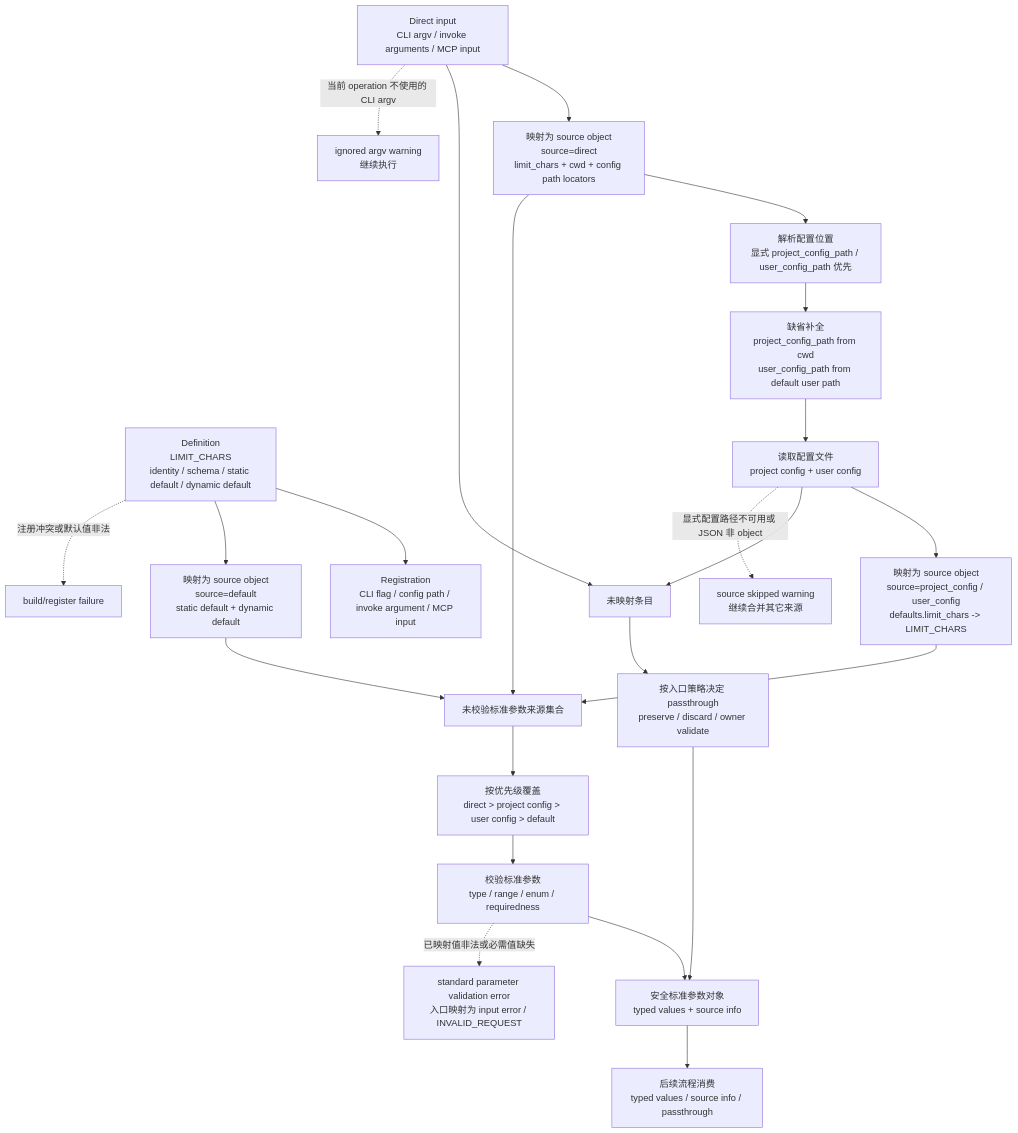
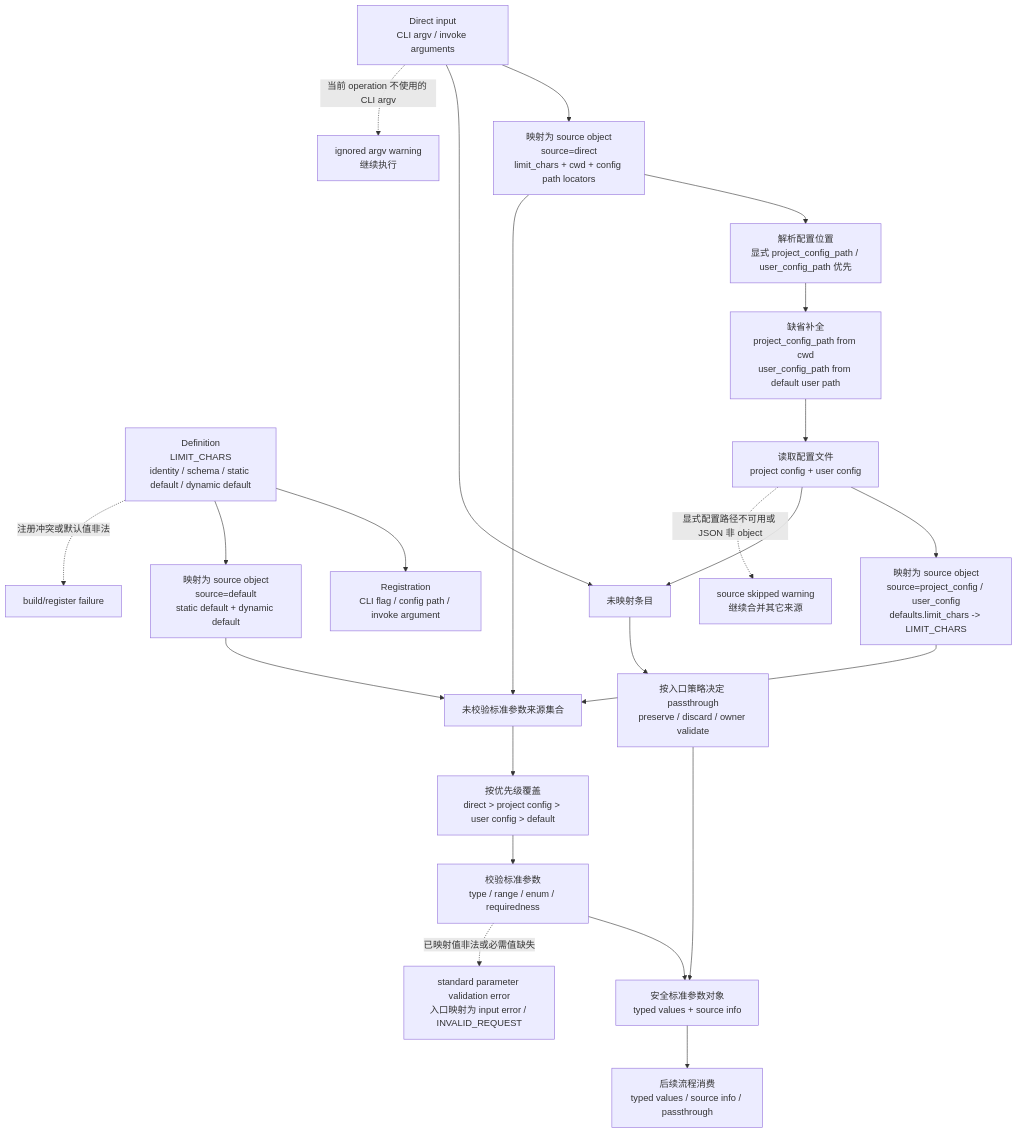
Before and after one commit to zxyycom/docnav: the diagram in docs/standard-parameters.md, drawn with Mermaid. The commit also changed other lines of this file and 104 other files, not shown here.

````diff
--- a/docs/standard-parameters.md
+++ b/docs/standard-parameters.md
@@ -32,31 +32,31 @@
 ```mermaid
 flowchart TD
-  A["Definition<br/>LIMIT_CHARS<br/>identity / schema / static default / dynamic default"] --> B["Registration<br/>CLI flag / config path / invoke argument / MCP input"]
+  A["Definition<br/>LIMIT_CHARS<br/>identity / schema / static default / dynamic default"] --> B["Registration<br/>CLI flag / config path / invoke argument"]
 
-  C["Direct input<br/>CLI argv / invoke arguments / MCP input"] --> D["映射为 source object<br/>source=direct<br/>limit_chars + cwd + config path locators"]
+  C["Direct input<br/>CLI argv / invoke arguments"] --> D["映射为 source object<br/>source=direct<br/>limit_chars + cwd + config path locators"]
   D --> E["解析配置位置<br/>显式 project_config_path / user_config_path 优先"]
   E --> F["缺省补全<br/>project_config_path from cwd<br/>user_config_path from default user path"]
   F --> G["读取配置文件<br/>project config + user config"]
   G --> H["映射为 source object<br/>source=project_config / user_config<br/>defaults.limit_chars -> LIMIT_CHARS"]
 
   A --> I["映射为 source object<br/>source=default<br/>static default + dynamic default"]
 
   D --> J["未校验标准参数来源集合"]
   H --> J
   I --> J
   J --> K["按优先级覆盖<br/>direct > project config > user config > default"]
   K --> L["校验标准参数<br/>type / range / enum / requiredness"]
   L --> M["安全标准参数对象<br/>typed values + source info"]
 
   C --> N["未映射条目"]
   G --> N
   N --> O["按入口策略决定 passthrough<br/>preserve / discard / owner validate"]
   O --> M
 
   M --> P["后续流程消费<br/>typed values / source info / passthrough"]
 
   A -. "注册冲突或默认值非法" .-> X1["build/register failure"]
   G -. "显式配置路径不可用或 JSON 非 object" .-> X2["source skipped warning<br/>继续合并其它来源"]
   C -. "当前 operation 不使用的 CLI argv" .-> X3["ignored argv warning<br/>继续执行"]
   L -. "已映射值非法或必需值缺失" .-> X4["standard parameter validation error<br/>入口映射为 input error / INVALID_REQUEST"]
 ```
````
